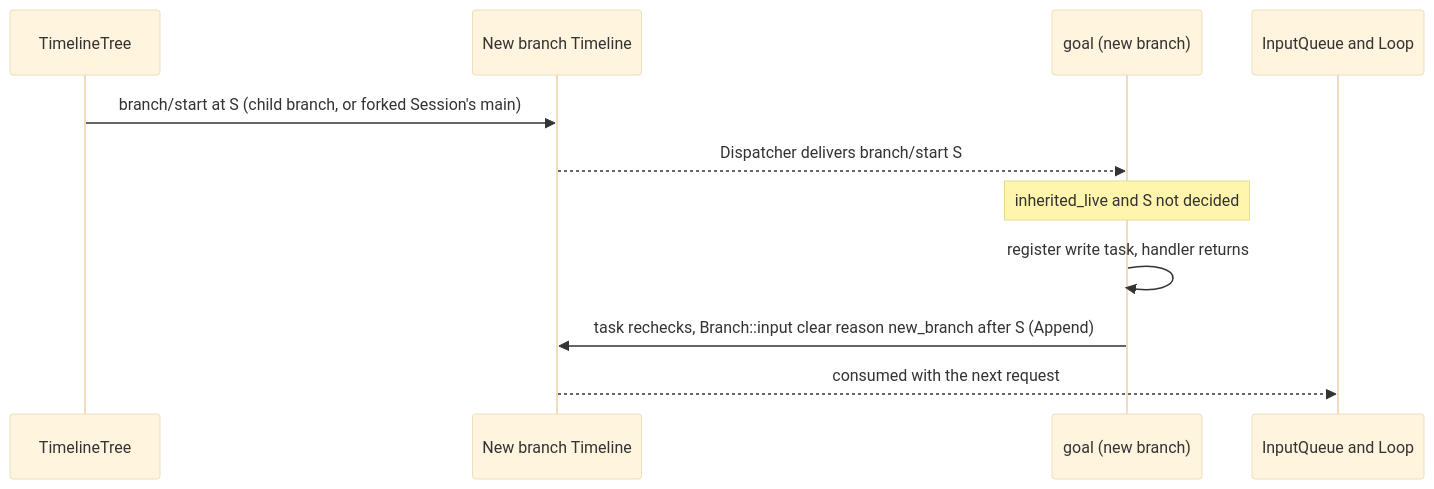
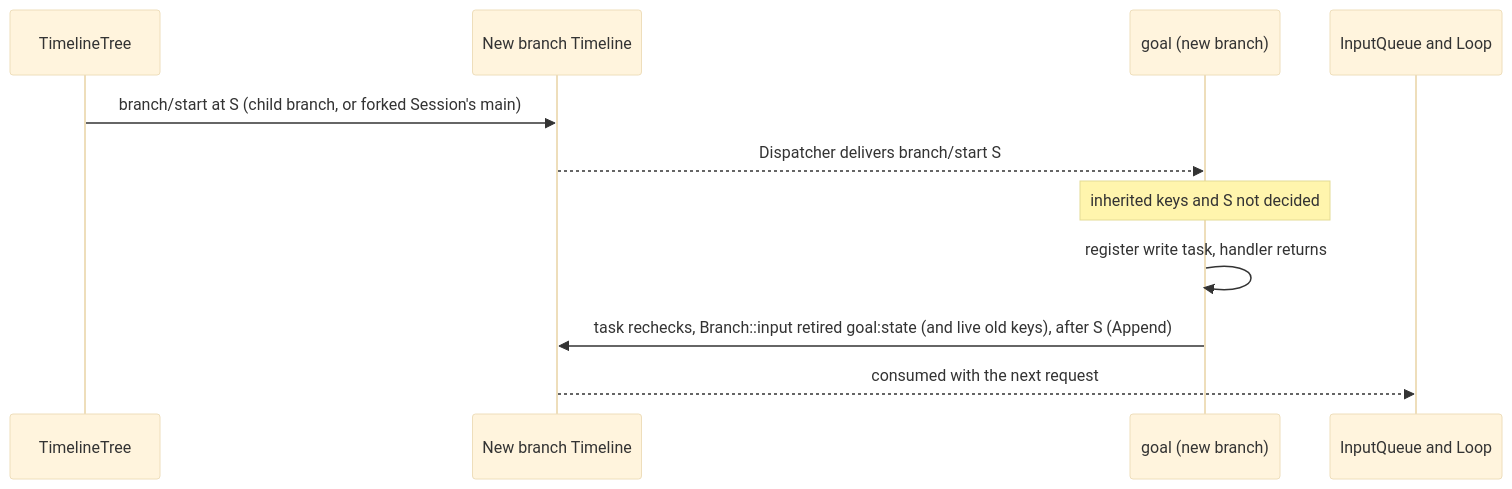
One commit to CoutinhoTTS/dim-agent changed the sixth of 7 diagrams in docs/design/plugins/Goal.md. Above: the diagram before and after it, drawn with Mermaid (base theme). The commit also changed other lines of this file and 229 other files, not shown here.

First line of the commit message:
refactor(timeline): query properties and bound history consumers

````diff
--- a/docs/design/plugins/Goal.md
+++ b/docs/design/plugins/Goal.md
@@ -171,13 +181,13 @@
 ```mermaid
 sequenceDiagram
   participant TT as TimelineTree
   participant TL as New branch Timeline
   participant G as goal (new branch)
   participant IQ as InputQueue and Loop
   TT->>TL: branch/start at S (child branch, or forked Session's main)
   TL-->>G: Dispatcher delivers branch/start S
-  Note over G: inherited_live and S not decided
+  Note over G: inherited keys and S not decided
   G->>G: register write task, handler returns
-  G->>TL: task rechecks, Branch::input clear reason new_branch after S (Append)
+  G->>TL: task rechecks, Branch::input retired goal:state (and live old keys), after S (Append)
   TL-->>IQ: consumed with the next request
 ```
````
